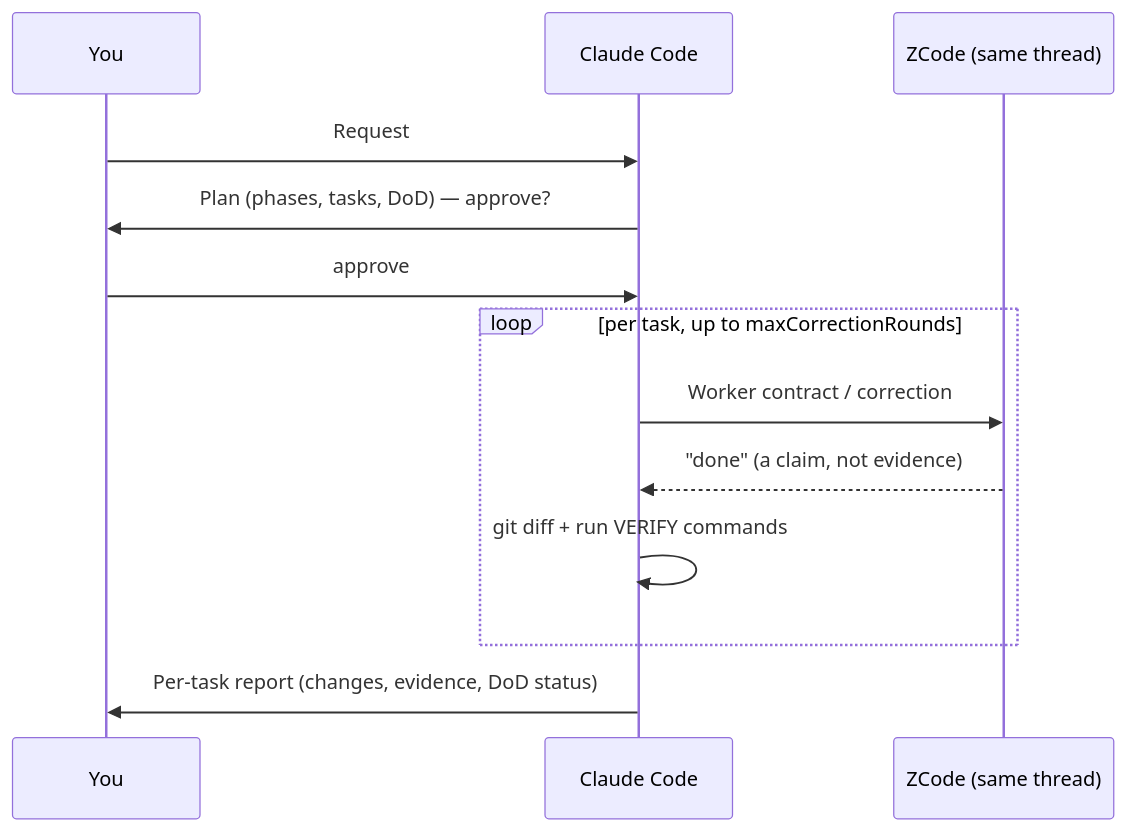
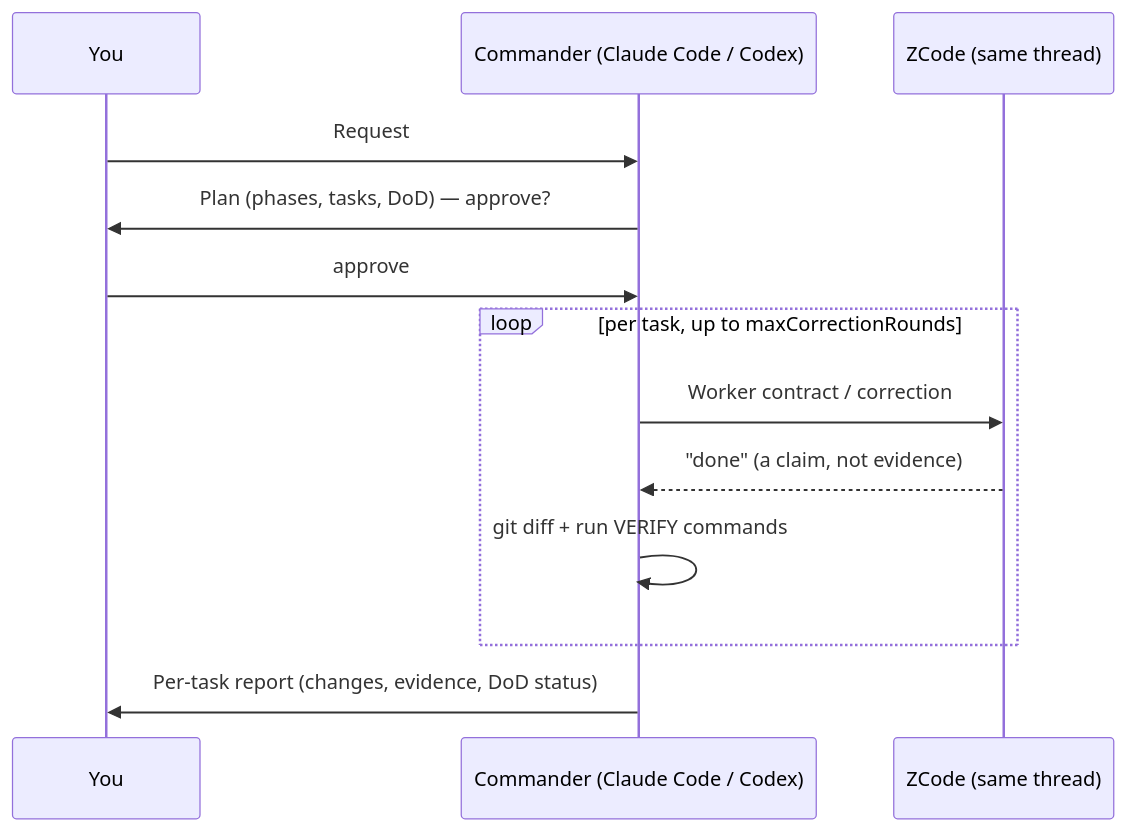
Before and after one commit to b9b4ymiN/zcrew: the second of 2 diagrams in README.md, drawn with Mermaid. The commit also changed other lines of this file and 4 other files, not shown here.

First line of the commit message:
docs: document codex commander; policy waits until terminal to save turns

````diff
--- a/README.md
+++ b/README.md
@@ -95,15 +101,15 @@
 ```mermaid
 sequenceDiagram
     participant You
-    participant Claude as Claude Code
+    participant Claude as Commander (Claude Code / Codex)
     participant ZCode as ZCode (same thread)
     You->>Claude: Request
     Claude->>You: Plan (phases, tasks, DoD) — approve?
     You->>Claude: approve
     loop per task, up to maxCorrectionRounds
         Claude->>ZCode: Worker contract / correction
         ZCode-->>Claude: "done" (a claim, not evidence)
         Claude->>Claude: git diff + run VERIFY commands
     end
     Claude->>You: Per-task report (changes, evidence, DoD status)
 ```
````
